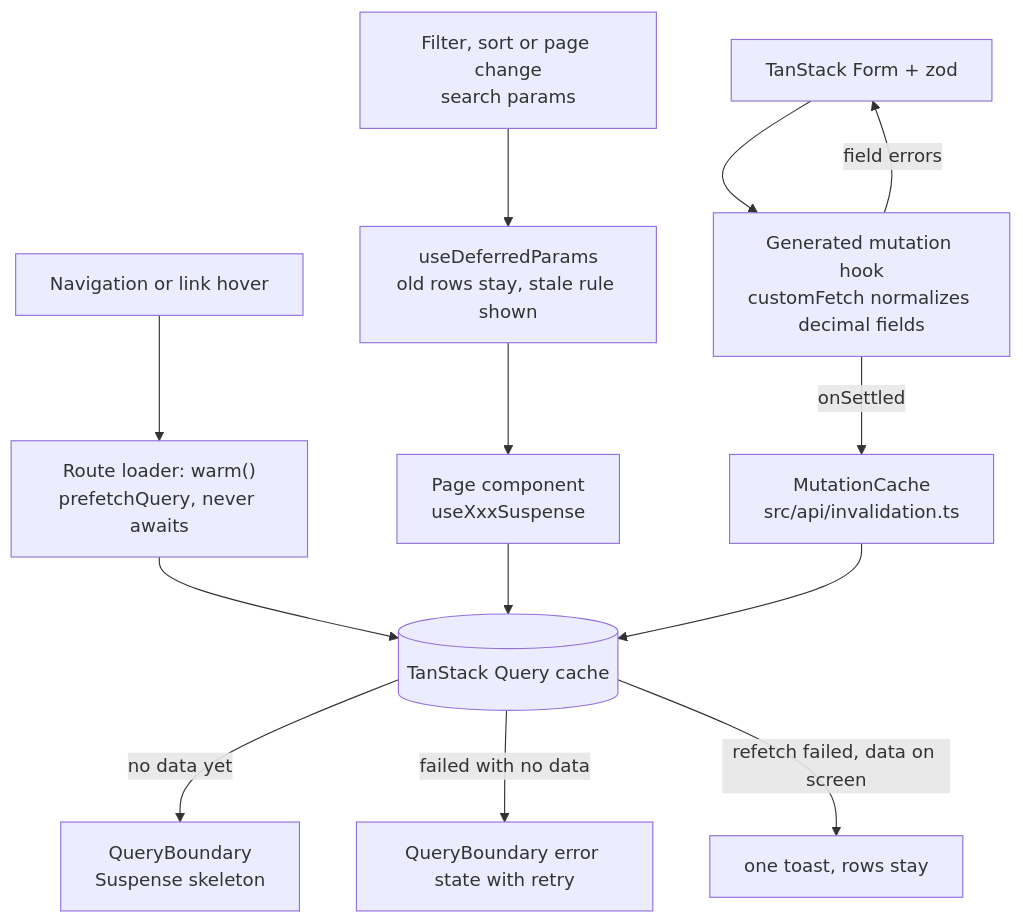
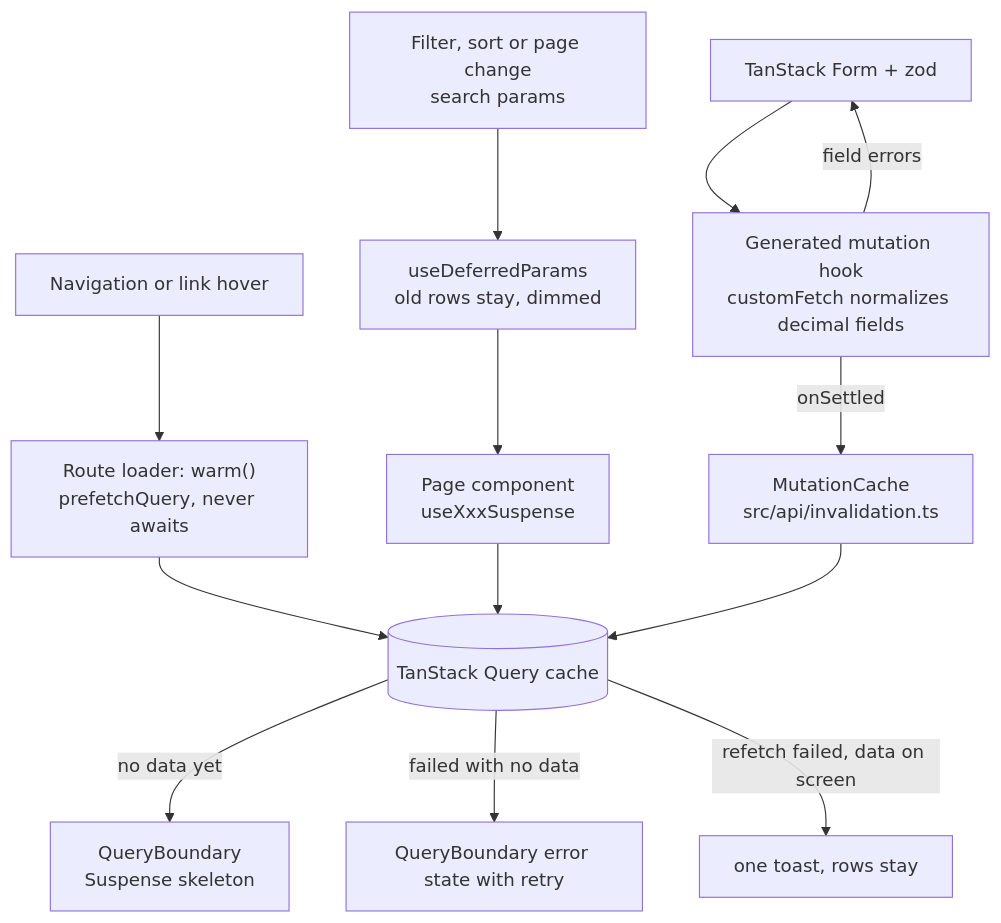
The third of 4 diagrams in docs/features/00. System overview.md (Justxs/Jx-Finance), drawn with Mermaid before and after one commit. The commit also changed 34 other files, not shown here.

````diff
--- a/docs/features/00. System overview.md
+++ b/docs/features/00. System overview.md
@@ -49,15 +49,15 @@
 ```mermaid
 flowchart TD
     Nav["Navigation or link hover"] --> Loader["Route loader: warm()<br/>prefetchQuery, never awaits"]
     Loader --> Cache[("TanStack Query cache")]
     Page["Page component<br/>useXxxSuspense"] --> Cache
     Cache -->|"no data yet"| Boundary["QueryBoundary<br/>Suspense skeleton"]
     Cache -->|"failed with no data"| ErrState["QueryBoundary error state with retry"]
     Cache -->|"refetch failed, data on screen"| Toast["one toast, rows stay"]
-    Filter["Filter, sort or page change<br/>search params"] --> Deferred["useDeferredParams<br/>old rows stay, stale rule shown"]
+    Filter["Filter, sort or page change<br/>search params"] --> Deferred["useDeferredParams<br/>old rows stay, dimmed"]
     Deferred --> Page
     Form["TanStack Form + zod"] --> Mutation["Generated mutation hook<br/>customFetch normalizes decimal fields"]
     Mutation -->|"field errors"| Form
     Mutation -->|"onSettled"| Invalidation["MutationCache<br/>src/api/invalidation.ts"]
     Invalidation --> Cache
 ```
````
